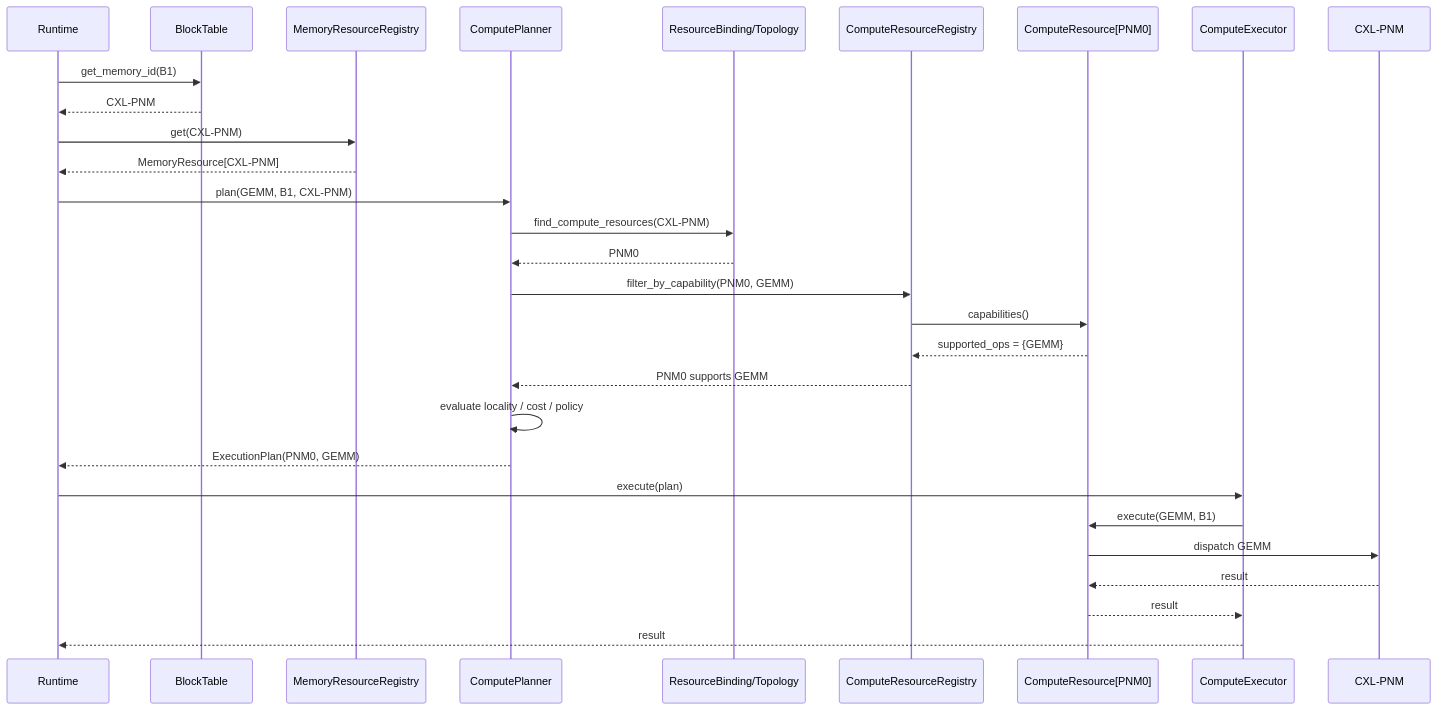
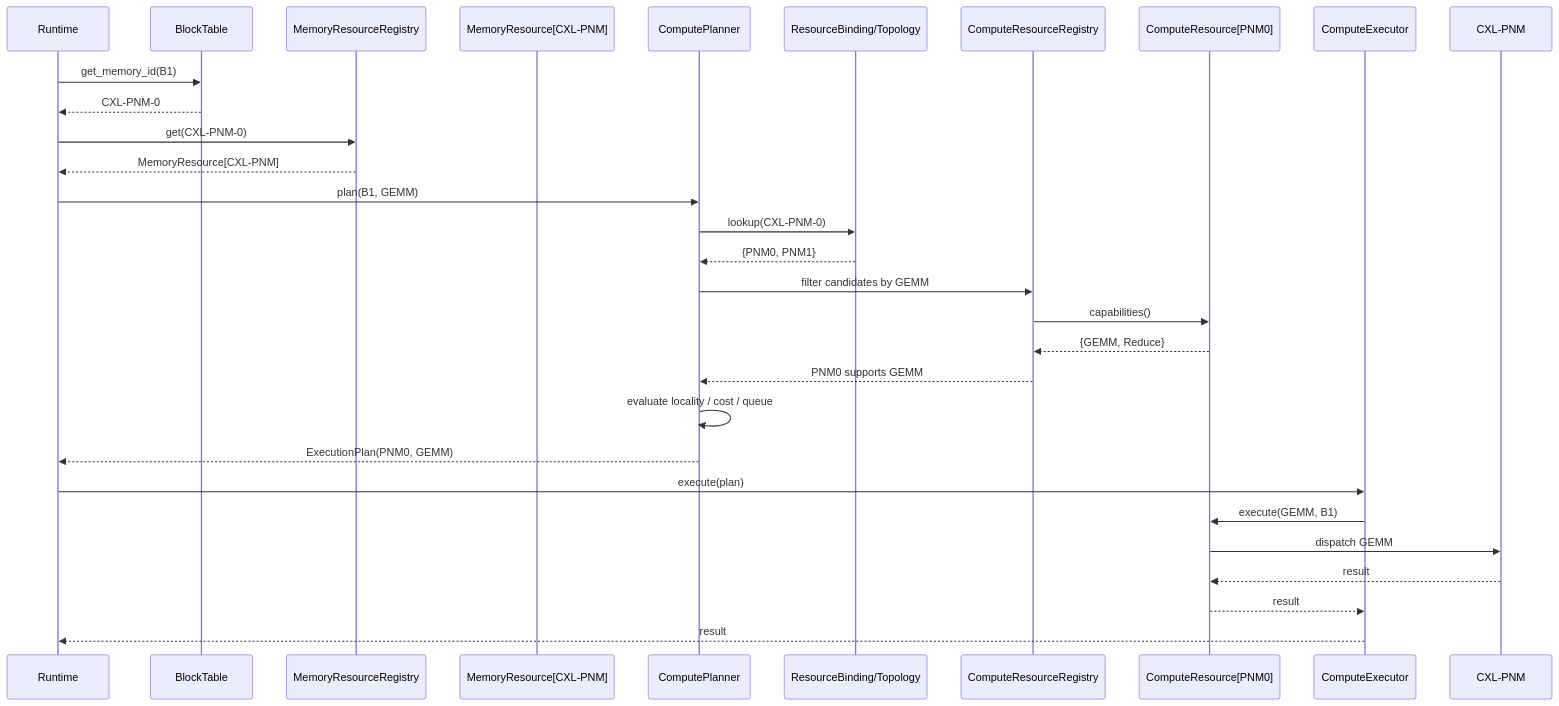
One commit to mkim0628/vllm changed the sixth of 6 diagrams in doc-mk/vllm-compute-capable-memory-candidates.md. Above: the diagram before and after it, drawn with Mermaid. The commit also changed other lines of this file, not shown here.

````diff
--- a/doc-mk/vllm-compute-capable-memory-candidates.md
+++ b/doc-mk/vllm-compute-capable-memory-candidates.md
@@ -458,32 +684,33 @@
 ```mermaid
 sequenceDiagram
     participant R as Runtime
     participant BT as BlockTable
     participant MREG as MemoryResourceRegistry
+    participant MR as MemoryResource[CXL-PNM]
     participant CP as ComputePlanner
     participant BIND as ResourceBinding/Topology
     participant CREG as ComputeResourceRegistry
     participant PNM as ComputeResource[PNM0]
     participant CE as ComputeExecutor
     participant HW as CXL-PNM
 
     R->>BT: get_memory_id(B1)
-    BT-->>R: CXL-PNM
-    R->>MREG: get(CXL-PNM)
+    BT-->>R: CXL-PNM-0
+    R->>MREG: get(CXL-PNM-0)
     MREG-->>R: MemoryResource[CXL-PNM]
-    R->>CP: plan(GEMM, B1, CXL-PNM)
-    CP->>BIND: find_compute_resources(CXL-PNM)
-    BIND-->>CP: PNM0
-    CP->>CREG: filter_by_capability(PNM0, GEMM)
+    R->>CP: plan(B1, GEMM)
+    CP->>BIND: lookup(CXL-PNM-0)
+    BIND-->>CP: {PNM0, PNM1}
+    CP->>CREG: filter candidates by GEMM
     CREG->>PNM: capabilities()
-    PNM-->>CREG: supported_ops = {GEMM}
+    PNM-->>CREG: {GEMM, Reduce}
     CREG-->>CP: PNM0 supports GEMM
-    CP->>CP: evaluate locality / cost / policy
+    CP->>CP: evaluate locality / cost / queue
     CP-->>R: ExecutionPlan(PNM0, GEMM)
     R->>CE: execute(plan)
     CE->>PNM: execute(GEMM, B1)
     PNM->>HW: dispatch GEMM
     HW-->>PNM: result
     PNM-->>CE: result
     CE-->>R: result
 ```
````
